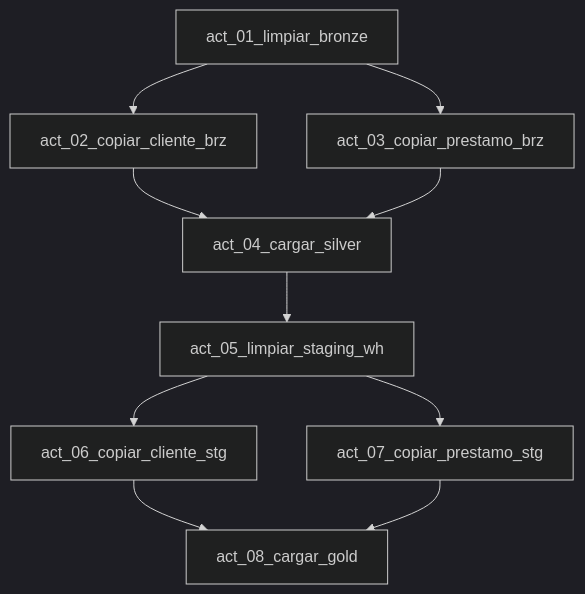
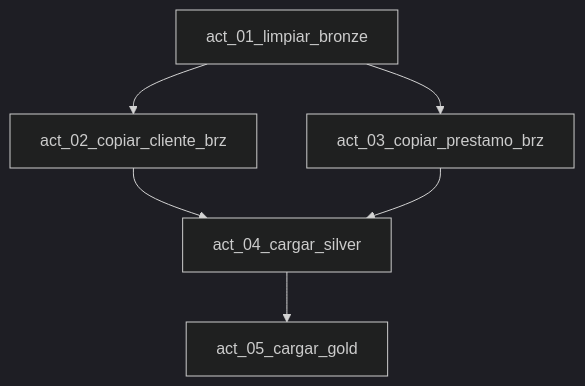
One commit to juansalinasponce/Apache-Spark-Labs changed the diagram in lab08-fabric-lakehouse-landing-clientes-prestamos/pipeline/CONFIGURACION_PIPELINE.md. Above: the diagram before and after it, drawn with Mermaid (dark theme). The commit also changed other lines of this file and 92 other files, not shown here.

````diff
--- a/lab08-fabric-lakehouse-landing-clientes-prestamos/pipeline/CONFIGURACION_PIPELINE.md
+++ b/lab08-fabric-lakehouse-landing-clientes-prestamos/pipeline/CONFIGURACION_PIPELINE.md
@@ -7,21 +7,14 @@
 ```mermaid
 flowchart TD
     A[act_01_limpiar_bronze]
     B[act_02_copiar_cliente_brz]
     C[act_03_copiar_prestamo_brz]
     D[act_04_cargar_silver]
-    E[act_05_limpiar_staging_wh]
-    F[act_06_copiar_cliente_stg]
-    G[act_07_copiar_prestamo_stg]
-    H[act_08_cargar_gold]
+    E[act_05_cargar_gold]
 
     A --> B
     A --> C
     B --> D
     C --> D
     D --> E
-    E --> F
-    E --> G
-    F --> H
-    G --> H
 ```
````
